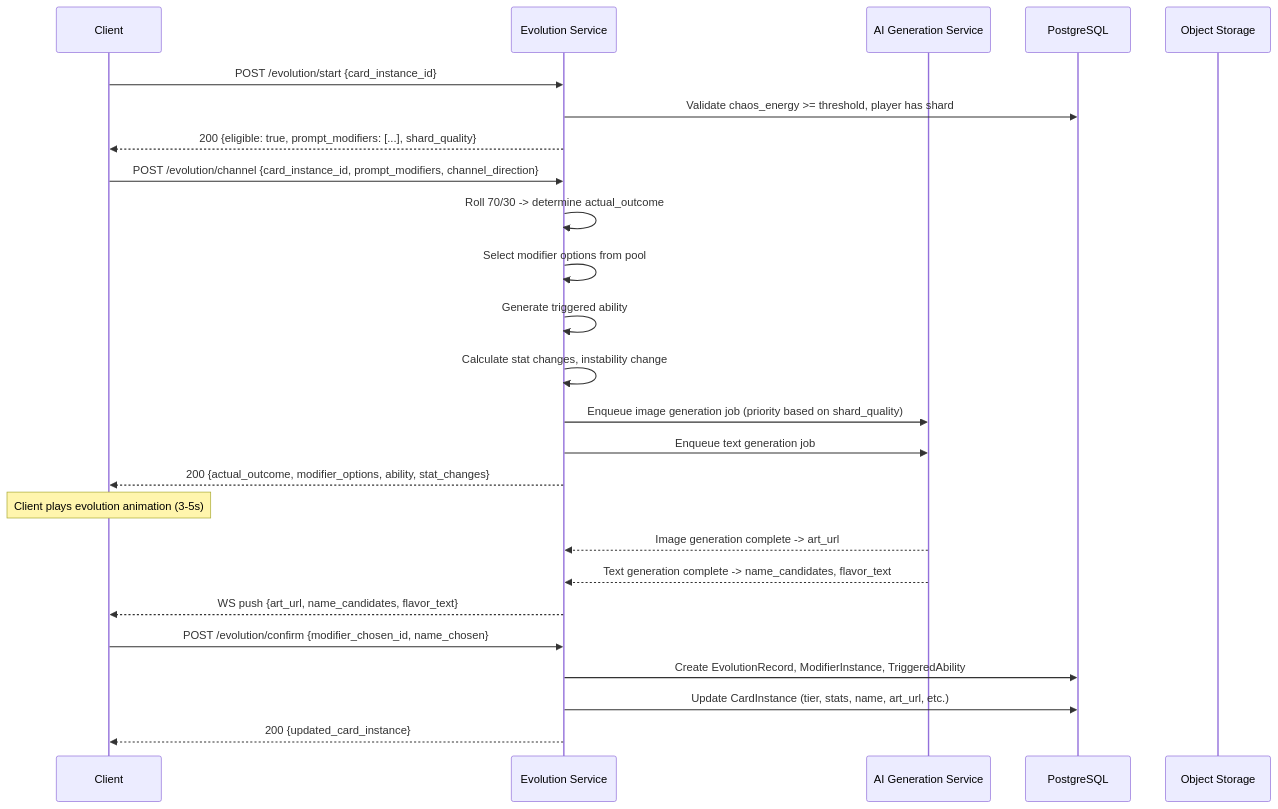
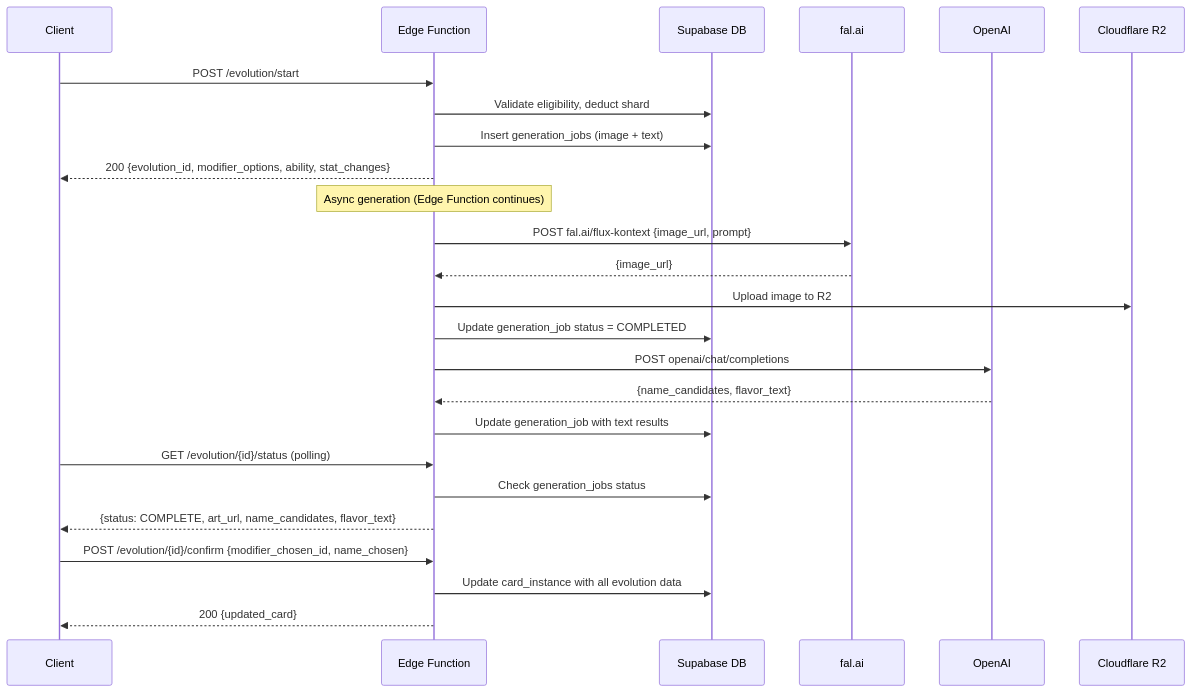
The second of 3 diagrams in docs/design/06-technical-architecture.md (asa7388/chaos-creatures), drawn with Mermaid before and after one commit. The commit also changed other lines of this file and 15 other files, not shown here.

````diff
--- a/docs/design/06-technical-architecture.md
+++ b/docs/design/06-technical-architecture.md
@@ -195,32 +880,33 @@
 ```mermaid
 sequenceDiagram
     participant C as Client
-    participant E as Evolution Service
-    participant AI as AI Generation Service
-    participant DB as PostgreSQL
-    participant S3 as Object Storage
+    participant EF as Edge Function
+    participant DB as Supabase DB
+    participant FAL as fal.ai
+    participant OAI as OpenAI
+    participant R2 as Cloudflare R2
 
-    C->>E: POST /evolution/start {card_instance_id}
-    E->>DB: Validate chaos_energy >= threshold, player has shard
-    E-->>C: 200 {eligible: true, prompt_modifiers: [...], shard_quality}
+    C->>EF: POST /evolution/start
+    EF->>DB: Validate eligibility, deduct shard
+    EF->>DB: Insert generation_jobs (image + text)
+    EF-->>C: 200 {evolution_id, modifier_options, ability, stat_changes}
 
-    C->>E: POST /evolution/channel {card_instance_id, prompt_modifiers, channel_direction}
-    E->>E: Roll 70/30 -> determine actual_outcome
-    E->>E: Select modifier options from pool
-    E->>E: Generate triggered ability
-    E->>E: Calculate stat changes, instability change
-    E->>AI: Enqueue image generation job (priority based on shard_quality)
-    E->>AI: Enqueue text generation job
-    E-->>C: 200 {actual_outcome, modifier_options, ability, stat_changes}
+    Note over EF: Async generation (Edge Function continues)
 
-    Note over C: Client plays evolution animation (3-5s)
+    EF->>FAL: POST fal.ai/flux-kontext {image_url, prompt}
+    FAL-->>EF: {image_url}
+    EF->>R2: Upload image to R2
+    EF->>DB: Update generation_job status = COMPLETED
 
-    AI-->>E: Image generation complete -> art_url
-    AI-->>E: Text generation complete -> name_candidates, flavor_text
-    E-->>C: WS push {art_url, name_candidates, flavor_text}
+    EF->>OAI: POST openai/chat/completions
+    OAI-->>EF: {name_candidates, flavor_text}
+    EF->>DB: Update generation_job with text results
 
-    C->>E: POST /evolution/confirm {modifier_chosen_id, name_chosen}
-    E->>DB: Create EvolutionRecord, ModifierInstance, TriggeredAbility
-    E->>DB: Update CardInstance (tier, stats, name, art_url, etc.)
-    E-->>C: 200 {updated_card_instance}
+    C->>EF: GET /evolution/{id}/status (polling)
+    EF->>DB: Check generation_jobs status
+    EF-->>C: {status: COMPLETE, art_url, name_candidates, flavor_text}
+
+    C->>EF: POST /evolution/{id}/confirm {modifier_chosen_id, name_chosen}
+    EF->>DB: Update card_instance with all evolution data
+    EF-->>C: 200 {updated_card}
 ```
````
